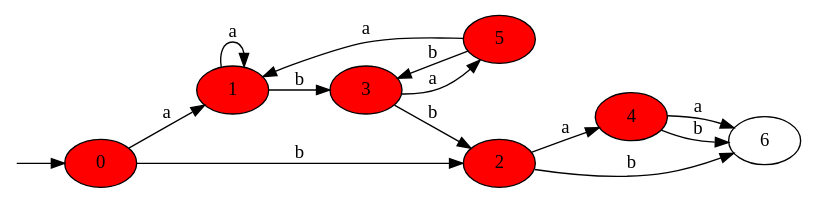
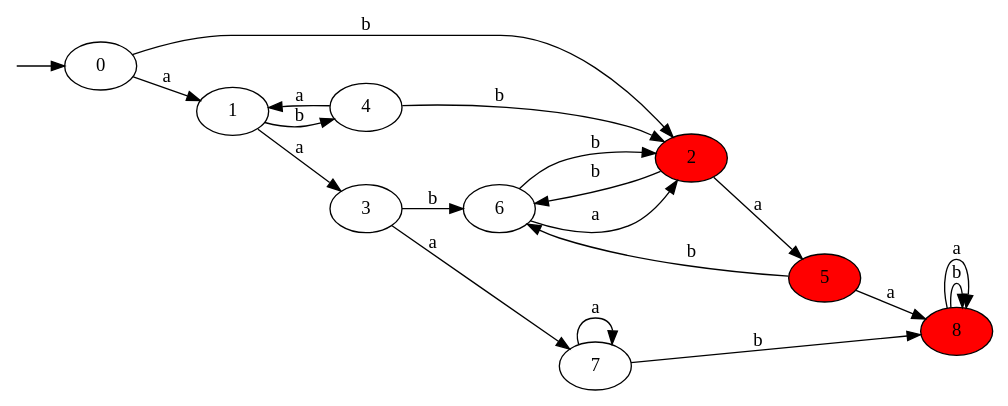
One commit to Nerfiti/MIPT_FORMAL_AUTOMATON_ALGORITHMS changed the diagram in graph/automaton_1.dot. Above: the diagram before and after it, drawn with Graphviz. The commit also changed 12 other files, not shown here.

```diff
--- a/graph/automaton_1.dot
+++ b/graph/automaton_1.dot
@@ -1,25 +1,33 @@
 digraph {
 rankdir=LR
 fictitious [shape=point, label="", width=0, height=0]
 
 fictitious -> 0
-0 [fillcolor=red, style=filled]
-1 [fillcolor=red, style=filled]
+0
+1
 2 [fillcolor=red, style=filled]
-3 [fillcolor=red, style=filled]
-4 [fillcolor=red, style=filled]
+3
+4
 5 [fillcolor=red, style=filled]
 6
+7
+8 [fillcolor=red, style=filled]
 0 -> 2 [label=b]
 2 -> 6 [label=b]
-2 -> 4 [label=a]
-4 -> 6 [label=b]
-4 -> 6 [label=a]
+6 -> 2 [label=b]
+6 -> 2 [label=a]
+2 -> 5 [label=a]
+5 -> 8 [label=a]
+8 -> 8 [label=b]
+8 -> 8 [label=a]
+5 -> 6 [label=b]
 0 -> 1 [label=a]
-1 -> 3 [label=b]
-3 -> 2 [label=b]
-3 -> 5 [label=a]
-5 -> 3 [label=b]
-5 -> 1 [label=a]
-1 -> 1 [label=a]
+1 -> 4 [label=b]
+4 -> 2 [label=b]
+4 -> 1 [label=a]
+1 -> 3 [label=a]
+3 -> 6 [label=b]
+3 -> 7 [label=a]
+7 -> 8 [label=b]
+7 -> 7 [label=a]
 }
```
